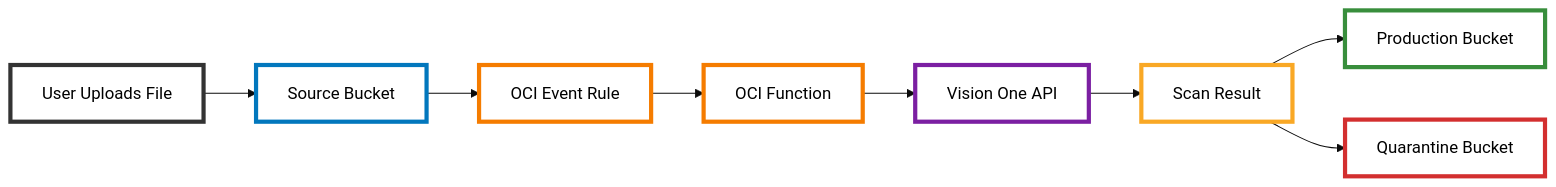
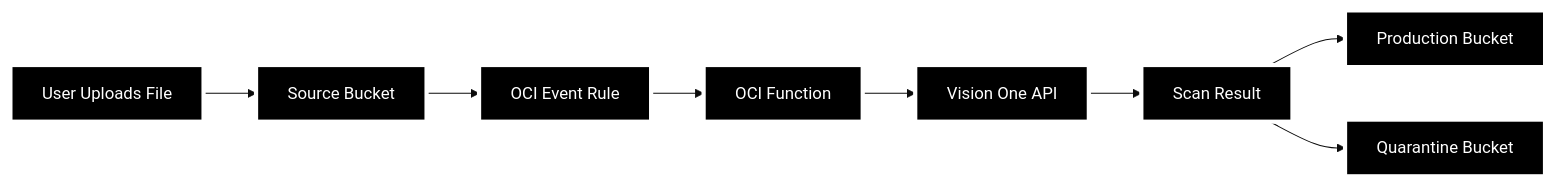
One commit to uragupathy-trend/v1-fss-scanner changed the diagram in README.md. Above: the diagram before and after it, drawn with Mermaid (base theme).

````diff
--- a/README.md
+++ b/README.md
@@ -7,19 +7,19 @@
 ```mermaid
 flowchart LR
     A[User Uploads File] --> B[Source Bucket]
     B --> C[OCI Event Rule]
     C --> D[OCI Function]
     D --> E[Vision One API]
     E --> F[Scan Result]
     F --> G[Production Bucket]
     F --> H[Quarantine Bucket]
     
-    style A fill:#ffffff,stroke:#333,stroke-width:4px,color:#000
-    style B fill:#ffffff,stroke:#0277bd,stroke-width:4px,color:#000
-    style C fill:#ffffff,stroke:#f57c00,stroke-width:4px,color:#000
-    style D fill:#ffffff,stroke:#f57c00,stroke-width:4px,color:#000
-    style E fill:#ffffff,stroke:#7b1fa2,stroke-width:4px,color:#000
-    style F fill:#ffffff,stroke:#f9a825,stroke-width:4px,color:#000
-    style G fill:#ffffff,stroke:#388e3c,stroke-width:4px,color:#000
-    style H fill:#ffffff,stroke:#d32f2f,stroke-width:4px,color:#000
+    style A fill:#000000,stroke:#ffffff,stroke-width:4px,color:#ffffff
+    style B fill:#000000,stroke:#ffffff,stroke-width:4px,color:#ffffff
+    style C fill:#000000,stroke:#ffffff,stroke-width:4px,color:#ffffff
+    style D fill:#000000,stroke:#ffffff,stroke-width:4px,color:#ffffff
+    style E fill:#000000,stroke:#ffffff,stroke-width:4px,color:#ffffff
+    style F fill:#000000,stroke:#ffffff,stroke-width:4px,color:#ffffff
+    style G fill:#000000,stroke:#ffffff,stroke-width:4px,color:#ffffff
+    style H fill:#000000,stroke:#ffffff,stroke-width:4px,color:#ffffff
 ```
````
